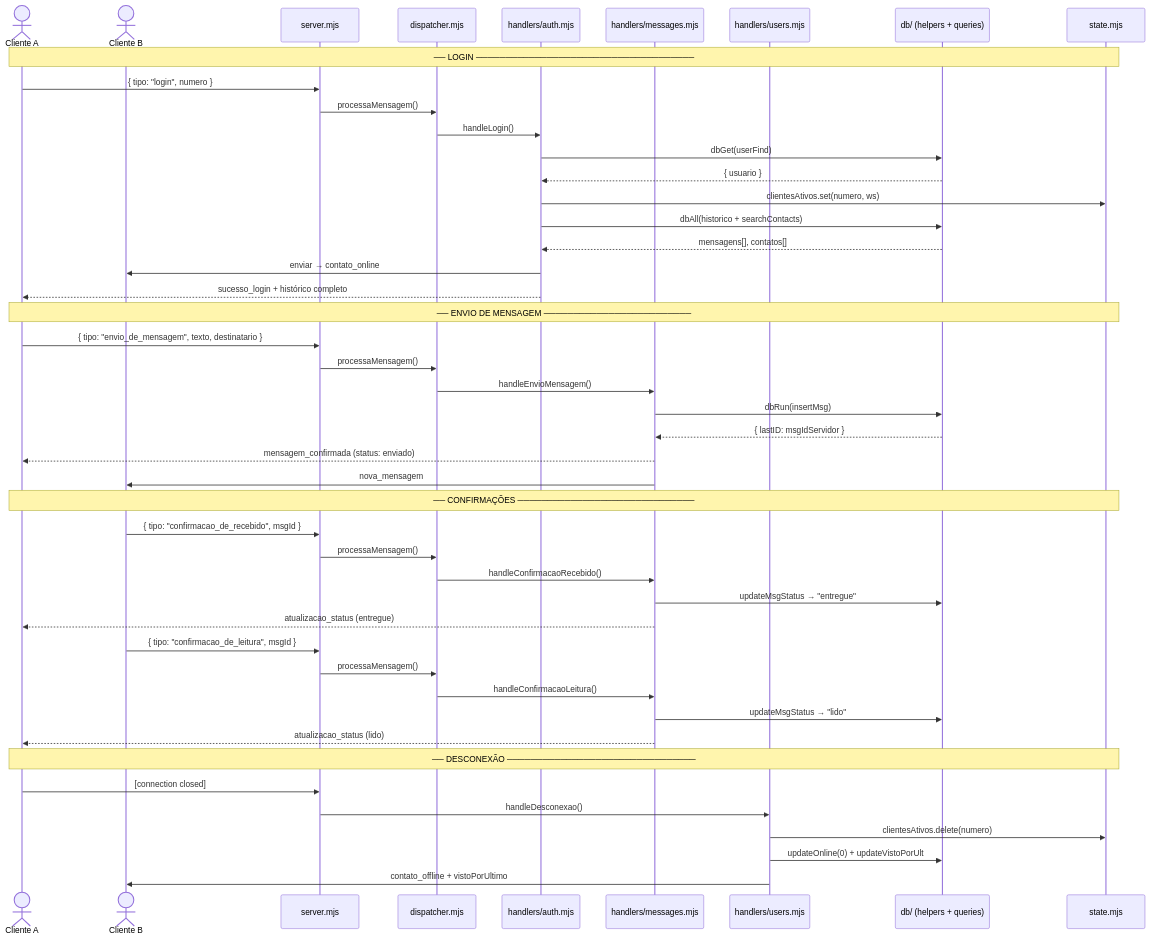
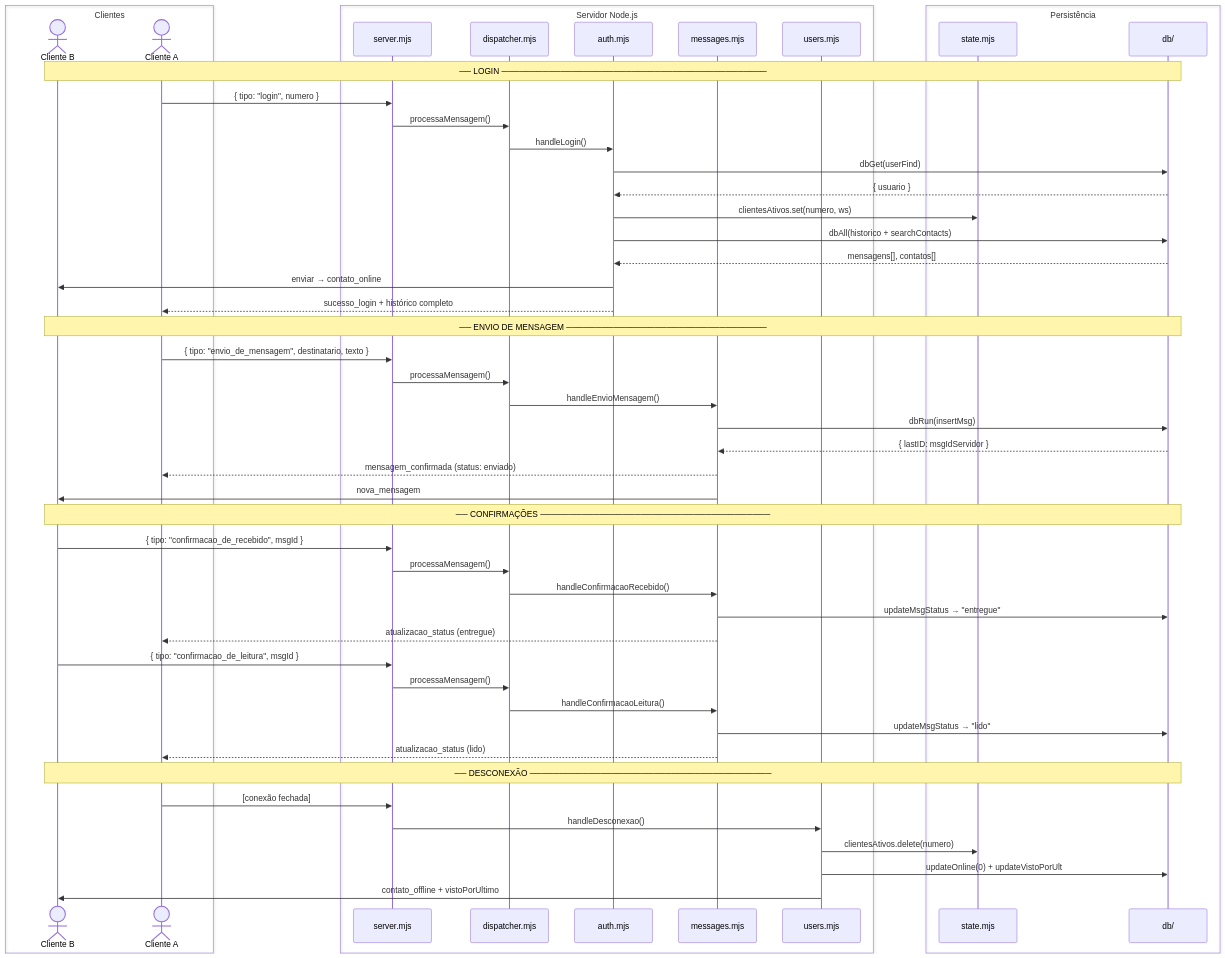
Before and after one commit to Zadoque/mini_local_zap: the fifth of 5 diagrams in README.md, drawn with Mermaid. The commit also changed other lines of this file and 27 other files, not shown here.

````diff
--- a/README.md
+++ b/README.md
@@ -196,53 +353,61 @@
 ```mermaid
 sequenceDiagram
+    box Clientes
+    actor B as Cliente B
     actor A as Cliente A
-    actor B as Cliente B
-    participant WS as server.mjs
+    end
+
+    box Servidor Node.js
+    participant WS   as server.mjs
     participant DISP as dispatcher.mjs
-    participant AUTH as handlers/auth.mjs
-    participant MSG as handlers/messages.mjs
-    participant USERS as handlers/users.mjs
-    participant DB as db/ (helpers + queries)
+    participant AUTH as auth.mjs
+    participant MSG  as messages.mjs
+    participant USRS as users.mjs
+    end
+
+    box Persistência
     participant STATE as state.mjs
+    participant DB    as db/
+    end
 
-    Note over A, STATE: ── LOGIN ─────────────────────────────────────
-    A->>WS: { tipo: "login", numero }
+    Note over B,DB: ── LOGIN ─────────────────────────────────────────────
+    A->>WS:   { tipo: "login", numero }
     WS->>DISP: processaMensagem()
     DISP->>AUTH: handleLogin()
-    AUTH->>DB: dbGet(userFind)
-    DB-->>AUTH: { usuario }
+    AUTH->>DB:   dbGet(userFind)
+    DB-->>AUTH:  { usuario }
     AUTH->>STATE: clientesAtivos.set(numero, ws)
-    AUTH->>DB: dbAll(historico + searchContacts)
-    DB-->>AUTH: mensagens[], contatos[]
-    AUTH->>B: enviar → contato_online
-    AUTH-->>A: sucesso_login + histórico completo
+    AUTH->>DB:   dbAll(historico + searchContacts)
+    DB-->>AUTH:  mensagens[], contatos[]
+    AUTH->>B:    enviar → contato_online
+    AUTH-->>A:   sucesso_login + histórico completo
 
-    Note over A, STATE: ── ENVIO DE MENSAGEM ─────────────────────────
-    A->>WS: { tipo: "envio_de_mensagem", texto, destinatario }
+    Note over B,DB: ── ENVIO DE MENSAGEM ──────────────────────────────────
+    A->>WS:   { tipo: "envio_de_mensagem", destinatario, texto }
     WS->>DISP: processaMensagem()
     DISP->>MSG: handleEnvioMensagem()
-    MSG->>DB: dbRun(insertMsg)
+    MSG->>DB:  dbRun(insertMsg)
     DB-->>MSG: { lastID: msgIdServidor }
-    MSG-->>A: mensagem_confirmada (status: enviado)
-    MSG->>B: nova_mensagem
+    MSG-->>A:  mensagem_confirmada (status: enviado)
+    MSG->>B:   nova_mensagem
 
-    Note over A, STATE: ── CONFIRMAÇÕES ──────────────────────────────
-    B->>WS: { tipo: "confirmacao_de_recebido", msgId }
+    Note over B,DB: ── CONFIRMAÇÕES ───────────────────────────────────────
+    B->>WS:   { tipo: "confirmacao_de_recebido", msgId }
     WS->>DISP: processaMensagem()
     DISP->>MSG: handleConfirmacaoRecebido()
-    MSG->>DB: updateMsgStatus → "entregue"
-    MSG-->>A: atualizacao_status (entregue)
+    MSG->>DB:  updateMsgStatus → "entregue"
+    MSG-->>A:  atualizacao_status (entregue)
 
-    B->>WS: { tipo: "confirmacao_de_leitura", msgId }
+    B->>WS:   { tipo: "confirmacao_de_leitura", msgId }
     WS->>DISP: processaMensagem()
     DISP->>MSG: handleConfirmacaoLeitura()
-    MSG->>DB: updateMsgStatus → "lido"
-    MSG-->>A: atualizacao_status (lido)
+    MSG->>DB:  updateMsgStatus → "lido"
+    MSG-->>A:  atualizacao_status (lido)
 
-    Note over A, STATE: ── DESCONEXÃO ────────────────────────────────
-    A->>WS: [connection closed]
-    WS->>USERS: handleDesconexao()
-    USERS->>STATE: clientesAtivos.delete(numero)
-    USERS->>DB: updateOnline(0) + updateVistoPorUlt
-    USERS->>B: contato_offline + vistoPorUltimo
+    Note over B,DB: ── DESCONEXÃO ─────────────────────────────────────────
+    A->>WS:    [conexão fechada]
+    WS->>USRS: handleDesconexao()
+    USRS->>STATE: clientesAtivos.delete(numero)
+    USRS->>DB:    updateOnline(0) + updateVistoPorUlt
+    USRS->>B:     contato_offline + vistoPorUltimo
 ```
````
